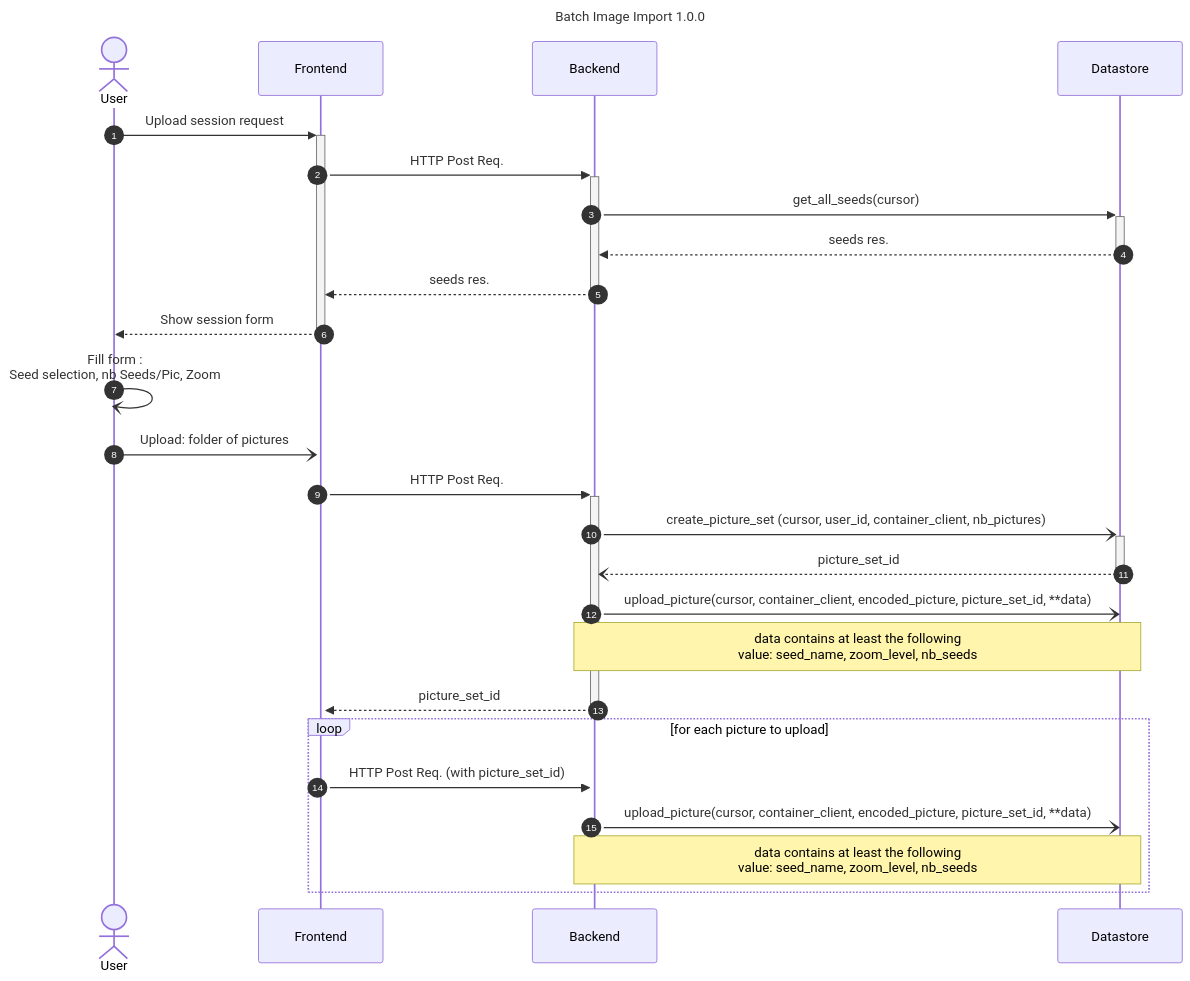
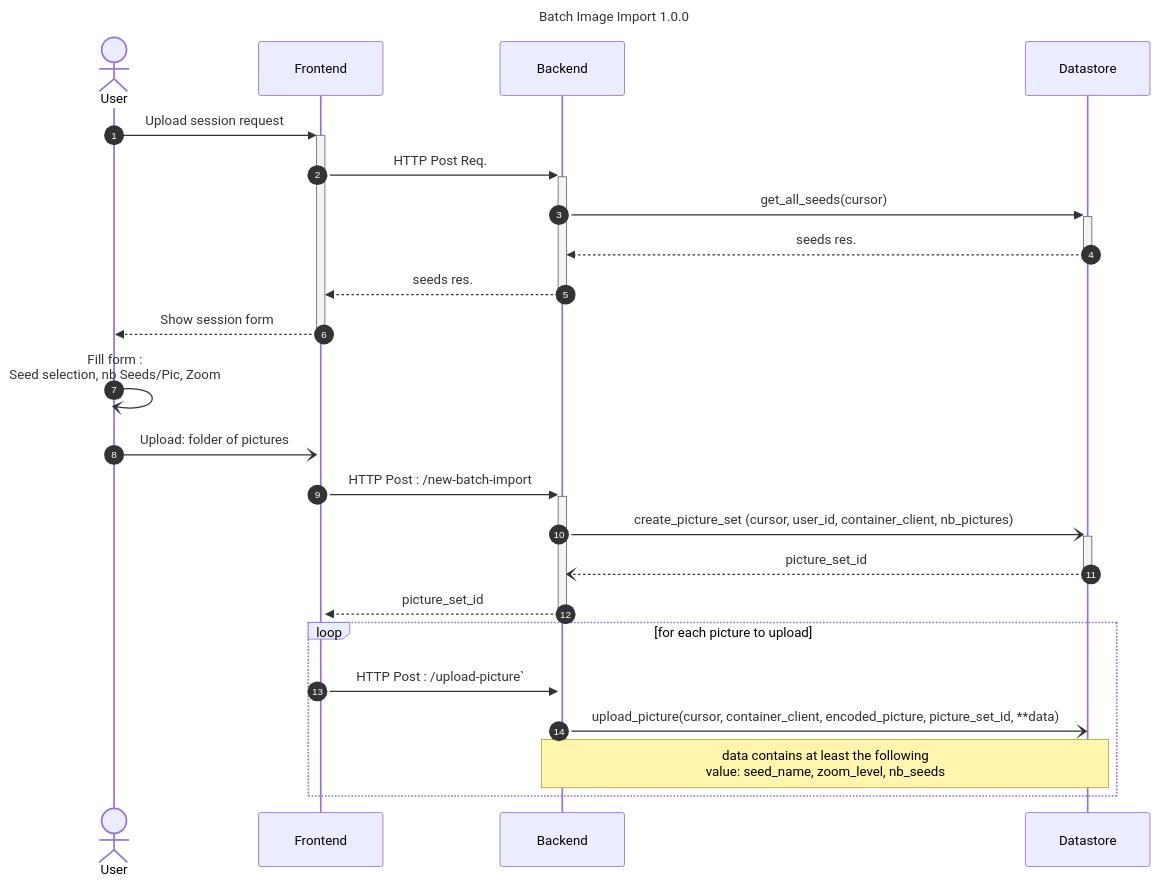
Before and after one commit to ai-cfia/nachet-backend: the diagram in docs/nachet-batch-import-documentation.md, drawn with Mermaid. The commit also changed other lines of this file and 4 other files, not shown here.

````diff
--- a/docs/nachet-batch-import-documentation.md
+++ b/docs/nachet-batch-import-documentation.md
@@ -42,29 +42,27 @@
 ```mermaid
 sequenceDiagram;
    title: Batch Image Import 1.0.0
   autonumber
   actor User
   participant Frontend
   participant Backend
   participant Datastore
 
     User ->>+Frontend: Upload session request
     Frontend->>+Backend: HTTP Post Req.
     Backend->>+Datastore: get_all_seeds(cursor)
     Datastore-->>-Backend: seeds res.
     Backend-->>-Frontend: seeds res.
     Frontend -->>-User: Show session form
     User -) User: Fill form :<br> Seed selection, nb Seeds/Pic, Zoom
     User -)+Frontend: Upload: folder of pictures
-    Frontend ->>+Backend: HTTP Post Req.
+    Frontend ->>+Backend: HTTP Post : /new-batch-import
     Backend -)+ Datastore: create_picture_set (cursor, user_id, container_client, nb_pictures)
     Datastore --)- Backend : picture_set_id
-    Backend -)Datastore: upload_picture(cursor, container_client, encoded_picture, picture_set_id, **data)
-    Note over Backend, Datastore: data contains at least the following <br>  value: seed_name, zoom_level, nb_seeds
     Backend -->>- Frontend : picture_set_id
     loop for each picture to upload
-    Frontend ->>+Backend: HTTP Post Req. (with picture_set_id)
+    Frontend ->>+Backend: HTTP Post : /upload-picture`
     Backend -)Datastore: upload_picture(cursor, container_client, encoded_picture, picture_set_id, **data)
     Note over Backend, Datastore: data contains at least the following <br>  value: seed_name, zoom_level, nb_seeds
     end
 ```
````
